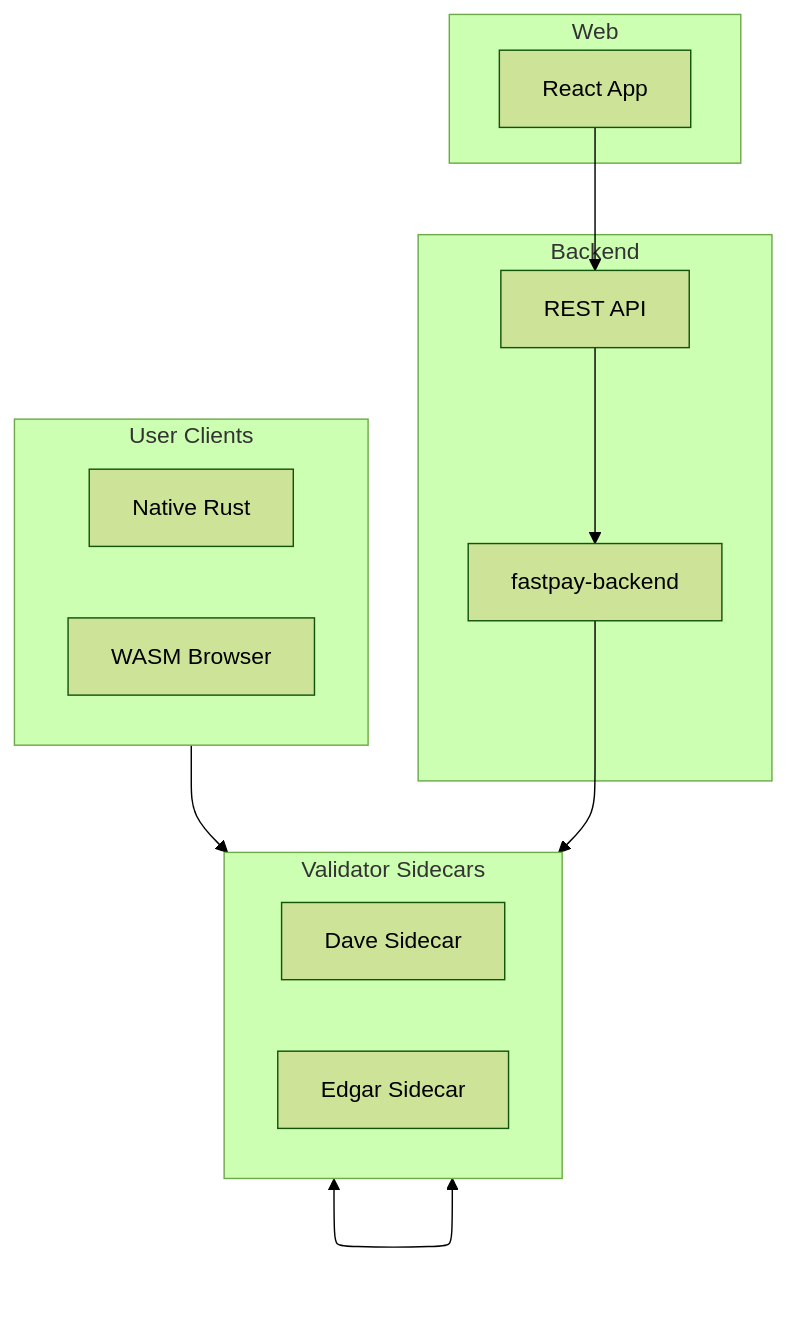
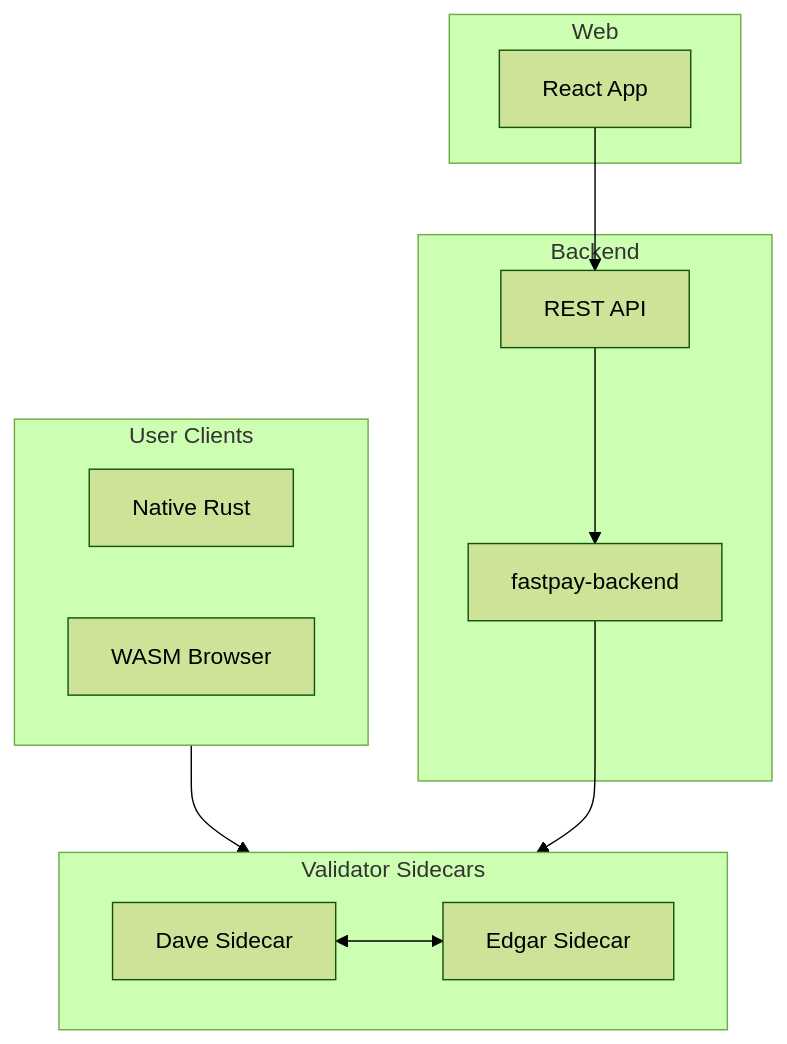
Before and after one commit to 01builders/allegro: the first of 2 diagrams in docs/01-architecture.md, drawn with Mermaid (forest theme).

Commit message:
Fix architecture diagram: show Dave-Edgar gossip link

````diff
--- a/docs/01-architecture.md
+++ b/docs/01-architecture.md
@@ -9,27 +9,27 @@
 ```mermaid
 flowchart TB
     subgraph Clients["User Clients"]
         Native["Native Rust"]
         WASM["WASM Browser"]
     end
 
     subgraph Validators["Validator Sidecars"]
         Dave["Dave Sidecar"]
         Edgar["Edgar Sidecar"]
     end
 
     subgraph Aggregator["Backend"]
         Backend["fastpay-backend"]
         REST["REST API"]
     end
 
     subgraph Frontend["Web"]
         Web["React App"]
     end
 
     Clients --> Validators
-    Validators <--> Validators
+    Dave <--> Edgar
     Backend --> Validators
     REST --> Backend
     Web --> REST
 ```
````
